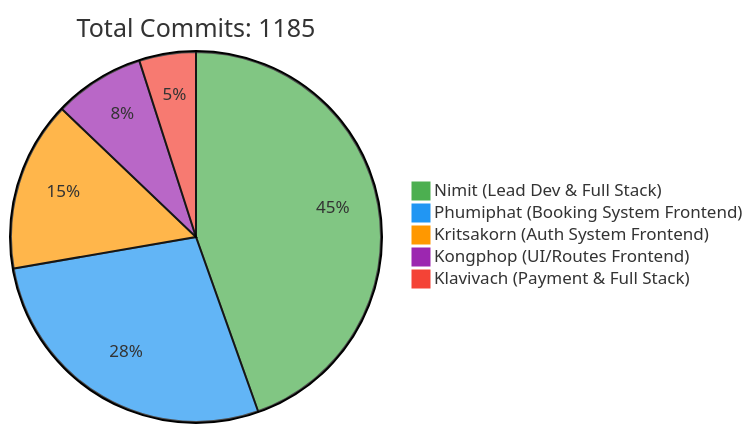
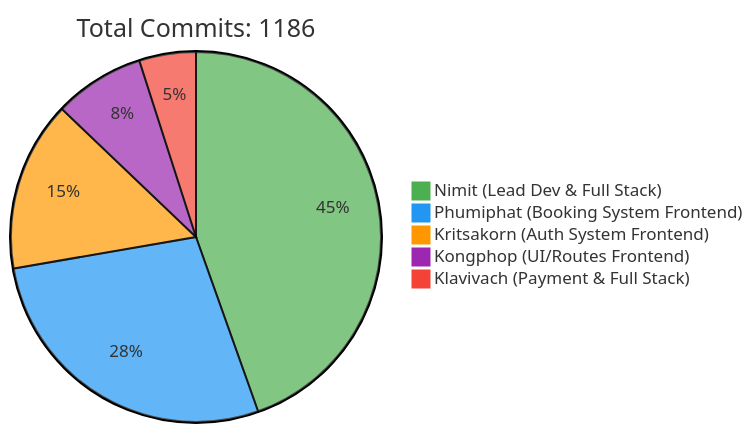
Before and after one commit to 6531503042/Sport-Complex: the first of 2 diagrams in README.md, drawn with Mermaid. The commit also changed other lines of this file, not shown here.

Commit message:
docs: Update contributor statistics [skip ci]

````diff
--- a/README.md
+++ b/README.md
@@ -257,10 +257,10 @@
 ```mermaid
 %%{init: {'theme': 'base', 'themeVariables': { 'pie1': '#4CAF50', 'pie2': '#2196F3', 'pie3': '#FF9800', 'pie4': '#9C27B0', 'pie5': '#F44336'}}}%%
 pie
-    title Total Commits: 1185
+    title Total Commits: 1186
     "Nimit (Lead Dev & Full Stack)" : 450
     "Phumiphat (Booking System Frontend)" : 280
     "Kritsakorn (Auth System Frontend)" : 150
     "Kongphop (UI/Routes Frontend)" : 80
     "Klavivach (Payment & Full Stack)" : 50
 ```
````
